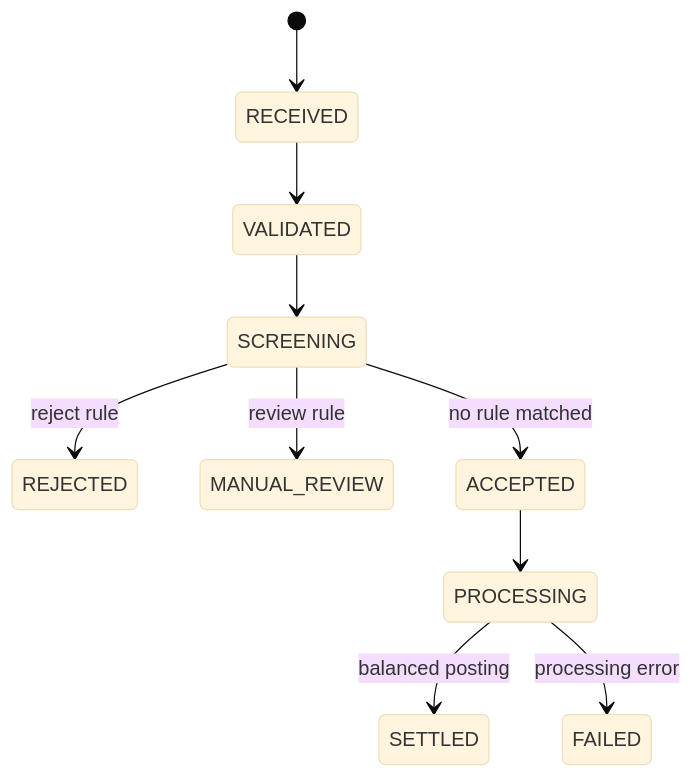
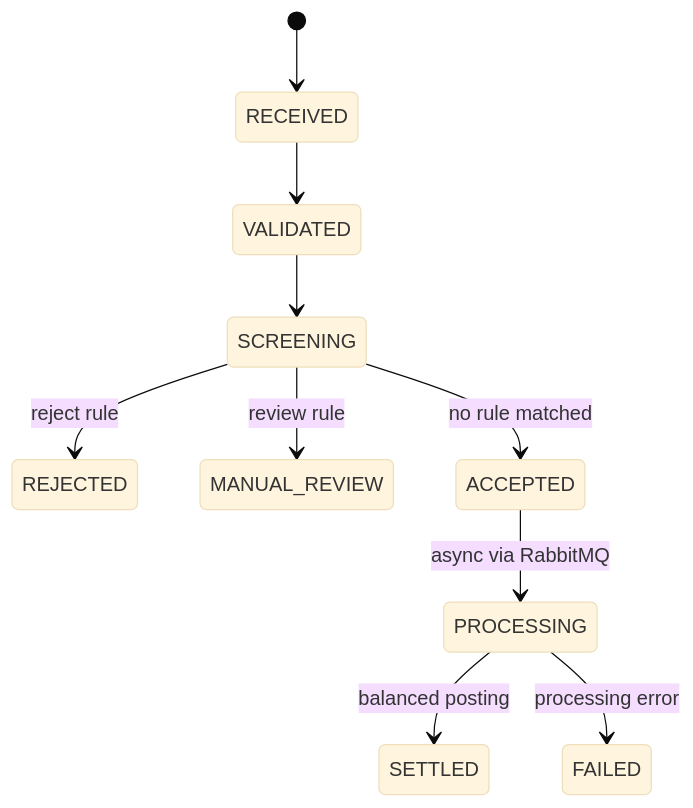
Before and after one commit to Jeffhan789/BankBridge: the first of 3 diagrams in README.md, drawn with Mermaid (base theme). The commit also changed other lines of this file and 18 other files, not shown here.

Commit message:
v0.2.0: async settlement with RabbitMQ, transactional outbox, idempotent consumers, retries, and dead-letter recovery

````diff
--- a/README.md
+++ b/README.md
@@ -38,12 +40,12 @@
 ```mermaid
 stateDiagram-v2
     [*] --> RECEIVED
     RECEIVED --> VALIDATED
     VALIDATED --> SCREENING
     SCREENING --> REJECTED: reject rule
     SCREENING --> MANUAL_REVIEW: review rule
     SCREENING --> ACCEPTED: no rule matched
-    ACCEPTED --> PROCESSING
+    ACCEPTED --> PROCESSING: async via RabbitMQ
     PROCESSING --> SETTLED: balanced posting
     PROCESSING --> FAILED: processing error
 ```
````
